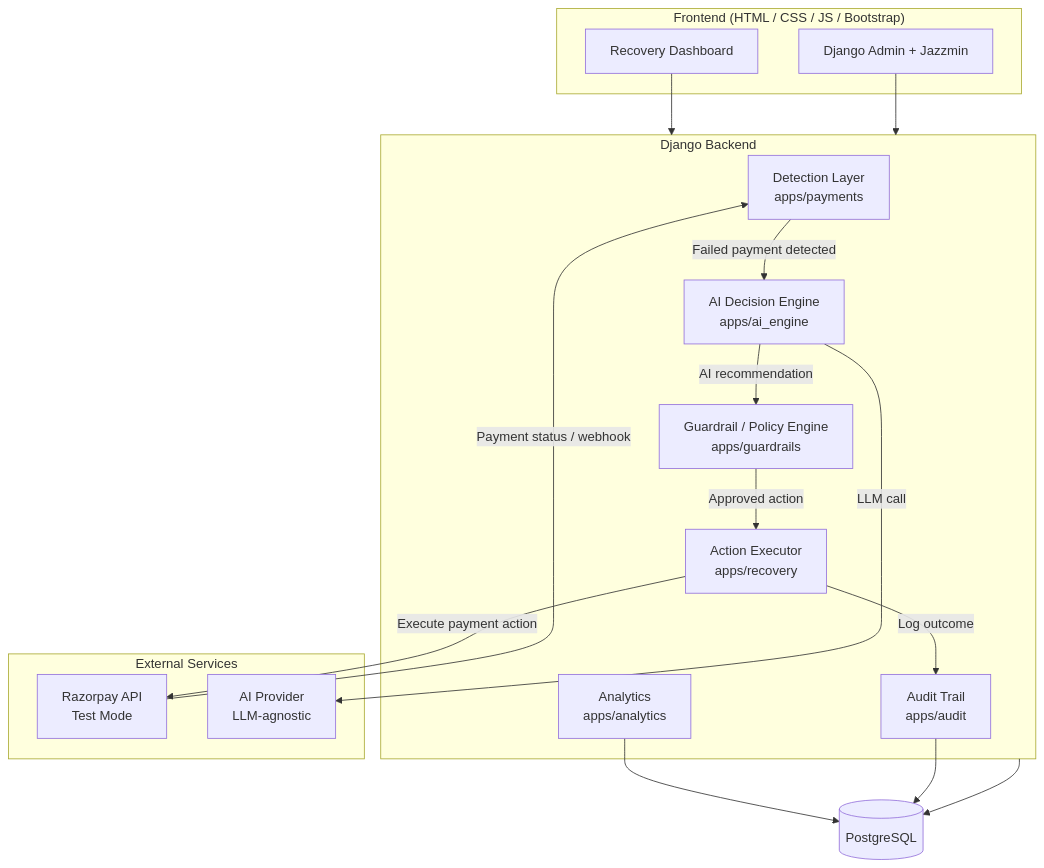
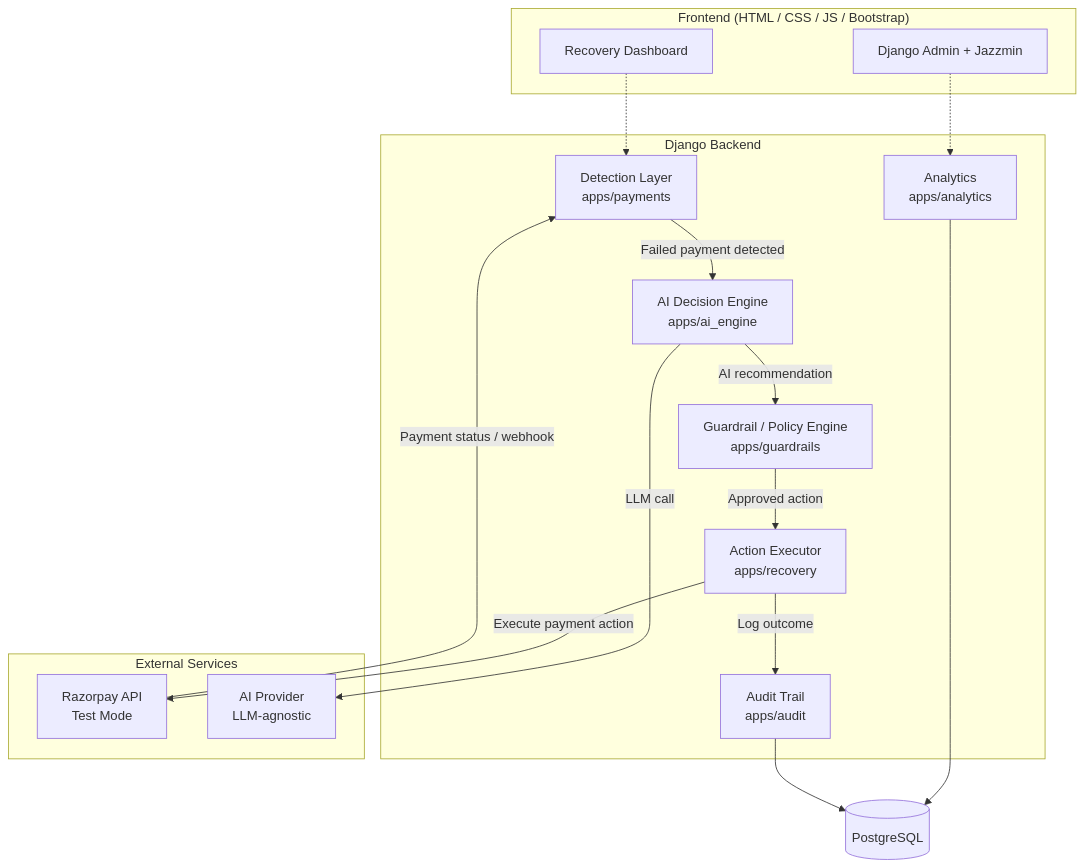
The diagram in docs/ARCHITECTURE.md (lucifer01430/ai-revenue-recovery), drawn with Mermaid before and after one commit. The commit also changed 1 other file, not shown here.

Commit message:
docs: update system architecture diagrams to reflect updated component relationships

````diff
--- a/docs/ARCHITECTURE.md
+++ b/docs/ARCHITECTURE.md
@@ -21,38 +21,37 @@
 ```mermaid
 flowchart TD
     subgraph Frontend["Frontend (HTML / CSS / JS / Bootstrap)"]
         UI[Recovery Dashboard]
         Admin[Django Admin + Jazzmin]
     end
 
     subgraph Backend["Django Backend"]
         Detection[Detection Layer\napps/payments]
         AIEngine[AI Decision Engine\napps/ai_engine]
         Guardrail[Guardrail / Policy Engine\napps/guardrails]
         Executor[Action Executor\napps/recovery]
         Analytics[Analytics\napps/analytics]
         AuditSystem[Audit Trail\napps/audit]
     end
 
     subgraph External["External Services"]
         Razorpay[Razorpay API\nTest Mode]
         LLM[AI Provider\nLLM-agnostic]
     end
 
     DB[(PostgreSQL)]
 
-    UI --> Backend
-    Admin --> Backend
-    Backend --> DB
+    UI -.-> Detection
+    Admin -.-> Analytics
 
     Detection -->|Failed payment detected| AIEngine
     AIEngine -->|AI recommendation| Guardrail
     Guardrail -->|Approved action| Executor
     Executor -->|Execute payment action| Razorpay
     Executor -->|Log outcome| AuditSystem
     Razorpay -->|Payment status / webhook| Detection
     AIEngine -->|LLM call| LLM
 
     Analytics --> DB
     AuditSystem --> DB
 ```
````
